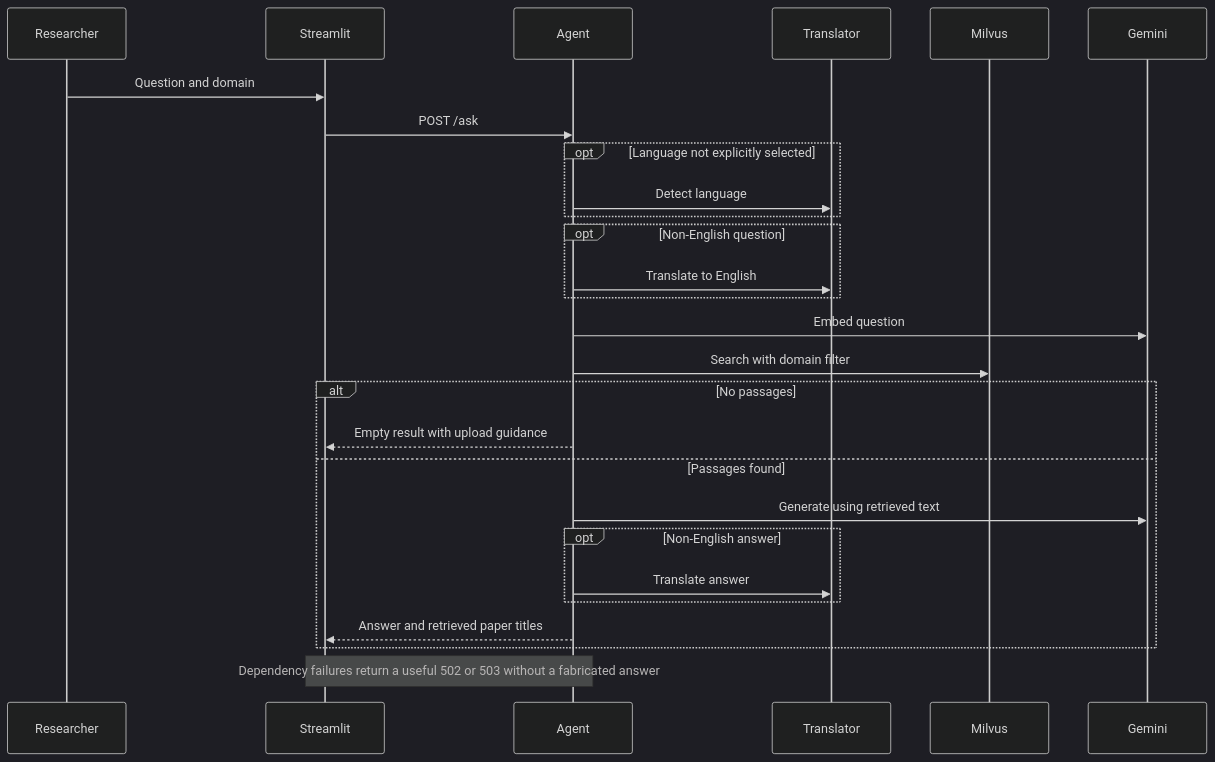
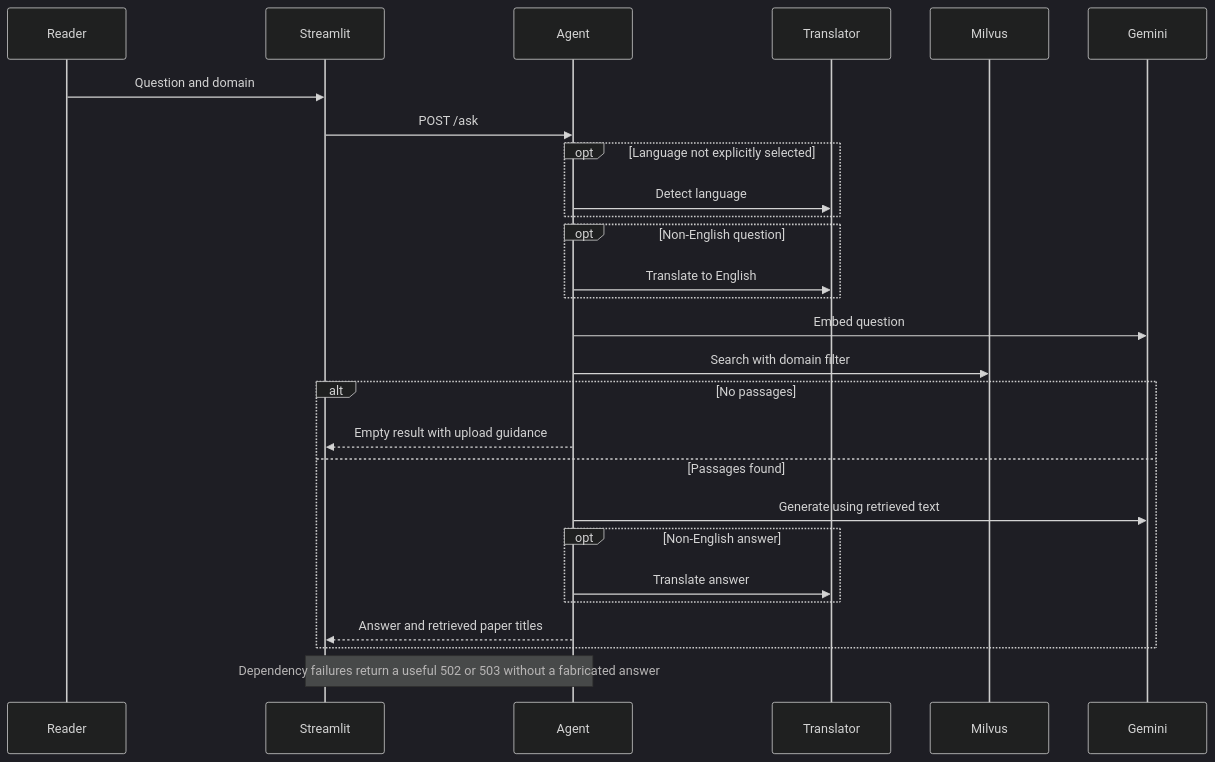
Before and after one commit to ManeswarSahu11/between-papers: the second of 3 diagrams in docs/ARCHITECTURE.md, drawn with Mermaid (dark theme). The commit also changed other lines of this file and 14 other files, not shown here.

````diff
--- a/docs/ARCHITECTURE.md
+++ b/docs/ARCHITECTURE.md
@@ -19,29 +19,29 @@
 ```mermaid
 sequenceDiagram
-    participant R as Researcher
+    participant R as Reader
     participant U as Streamlit
     participant A as Agent
     participant T as Translator
     participant M as Milvus
     participant G as Gemini
     R->>U: Question and domain
     U->>A: POST /ask
     opt Language not explicitly selected
         A->>T: Detect language
     end
     opt Non-English question
         A->>T: Translate to English
     end
     A->>G: Embed question
     A->>M: Search with domain filter
     alt No passages
         A-->>U: Empty result with upload guidance
     else Passages found
         A->>G: Generate using retrieved text
         opt Non-English answer
             A->>T: Translate answer
         end
         A-->>U: Answer and retrieved paper titles
     end
     Note over A,U: Dependency failures return a useful 502 or 503 without a fabricated answer
 ```
````
